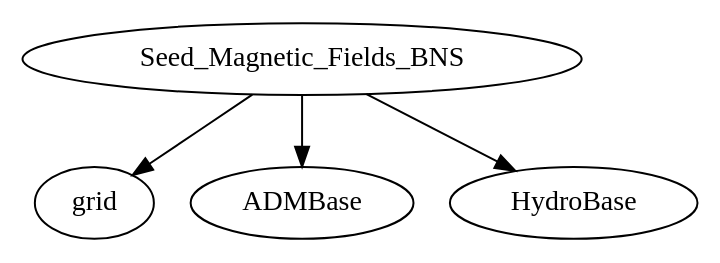
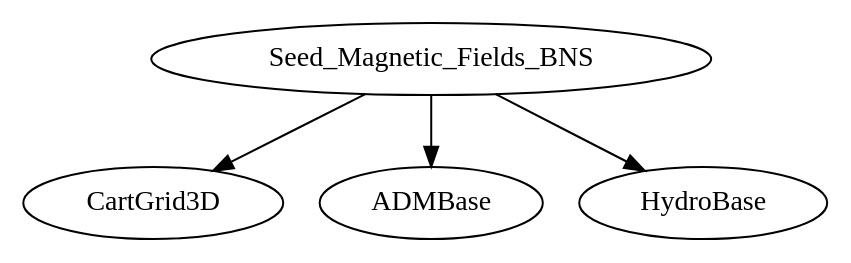
Before and after one commit to YuLiumt/Cactus: the sixth of 8 diagrams in note/Guide/InitialData.rst, drawn with Graphviz. The commit also changed other lines of this file and 91 other files, not shown here.

```diff
--- a/note/Guide/InitialData.rst
+++ b/note/Guide/InitialData.rst
@@ -257,5 +257,5 @@
 .. digraph:: foo
 
-    "Seed_Magnetic_Fields_BNS" -> "grid"
+    "Seed_Magnetic_Fields_BNS" -> "CartGrid3D"
     "Seed_Magnetic_Fields_BNS" -> "ADMBase";
     "Seed_Magnetic_Fields_BNS" -> "HydroBase";
```
